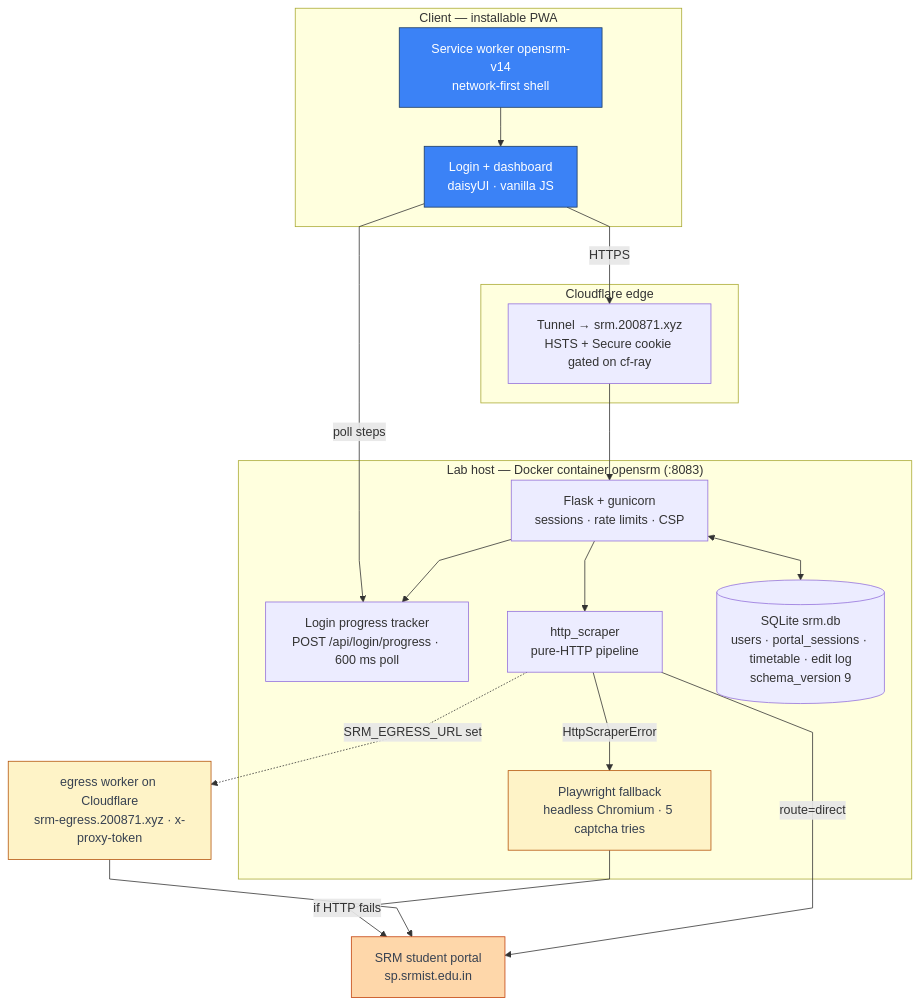
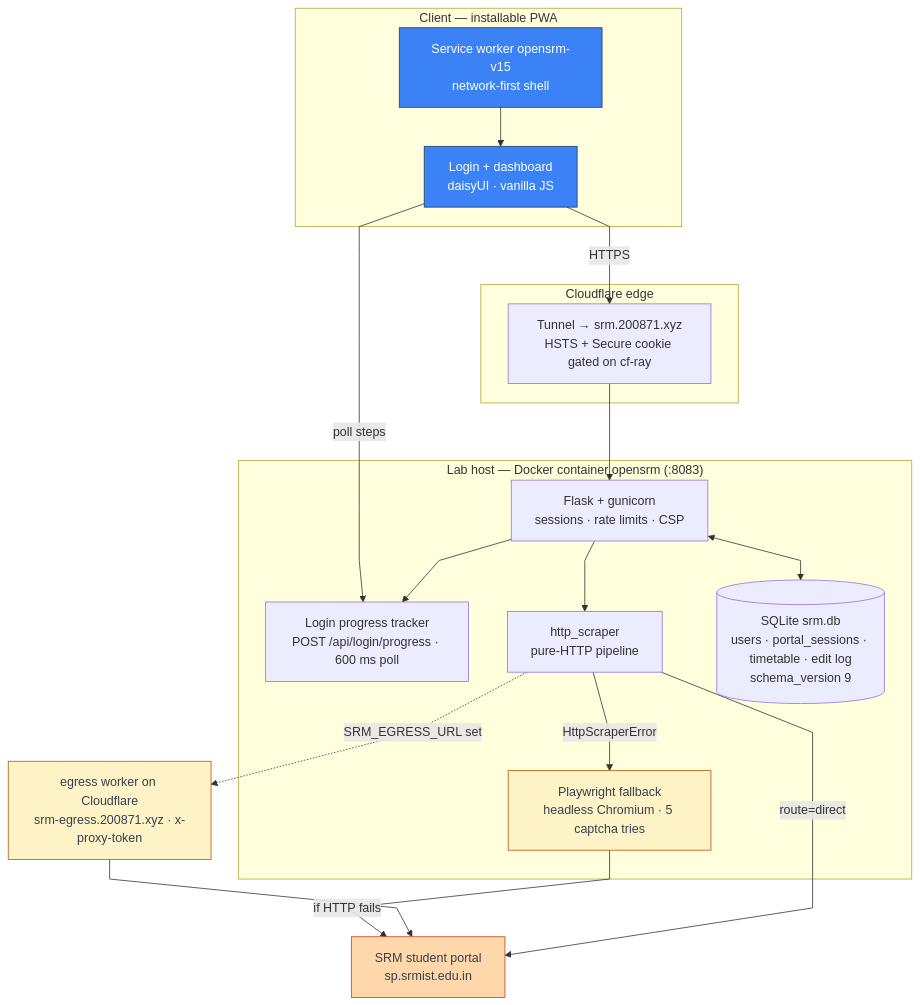
The first of 3 diagrams in README.md (thenabbu/OpenSRM), drawn with Mermaid before and after one commit. The commit also changed 6 other files, not shown here.

````diff
--- a/README.md
+++ b/README.md
@@ -64,43 +64,43 @@
 ```mermaid
 %%{init: {"flowchart": {"curve": "linear"}}}%%
 flowchart TD
     subgraph client["Client — installable PWA"]
         UI["Login + dashboard<br/>daisyUI · vanilla JS"]
-        SW["Service worker opensrm-v14<br/>network-first shell"]
+        SW["Service worker opensrm-v15<br/>network-first shell"]
     end
 
     subgraph edge["Cloudflare edge"]
         TUN["Tunnel → srm.200871.xyz<br/>HSTS + Secure cookie gated on cf-ray"]
     end
 
     subgraph lab["Lab host — Docker container opensrm (:8083)"]
         FL["Flask + gunicorn<br/>sessions · rate limits · CSP"]
         PROG["Login progress tracker<br/>POST /api/login/progress · 600 ms poll"]
         HS["http_scraper<br/>pure-HTTP pipeline"]
         PW["Playwright fallback<br/>headless Chromium · 5 captcha tries"]
         DB[("SQLite srm.db<br/>users · portal_sessions · timetable · edit log<br/>schema_version 9")]
         FL --> PROG
         FL <--> DB
         FL --> HS
         HS -->|"HttpScraperError"| PW
     end
 
     EG["egress worker on Cloudflare<br/>srm-egress.200871.xyz · x-proxy-token"]
     P["SRM student portal<br/>sp.srmist.edu.in"]
 
     UI -->|"HTTPS"| TUN
     TUN --> FL
     SW --> UI
     UI -->|"poll steps"| PROG
     HS -->|"route=direct"| P
     HS -.->|"SRM_EGRESS_URL set"| EG
     EG --> P
     PW -->|"if HTTP fails"| P
 
     classDef client fill:#3b82f6,stroke:#1e3a5f,color:#ffffff
     classDef conditional fill:#fef3c7,stroke:#b45309,color:#374151
     classDef external fill:#fed7aa,stroke:#c2410c,color:#374151
     class UI,SW client
     class PW,EG conditional
     class P external
 ```
````
